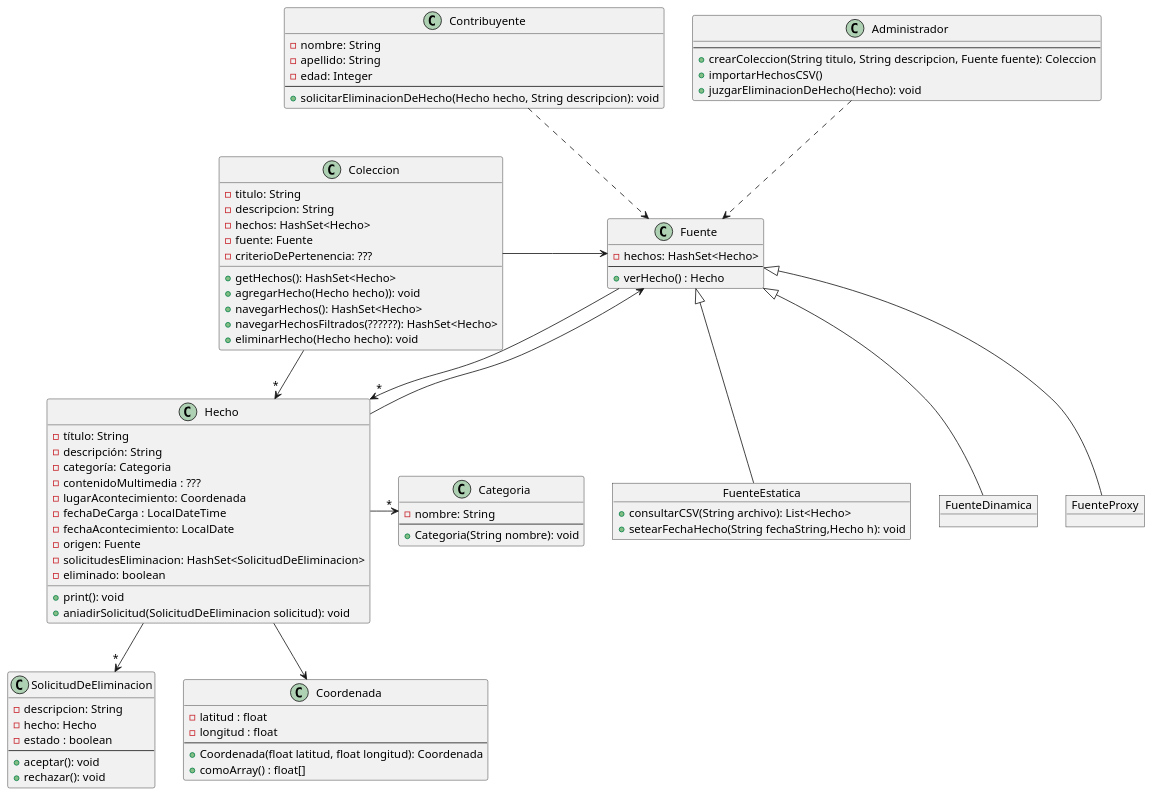
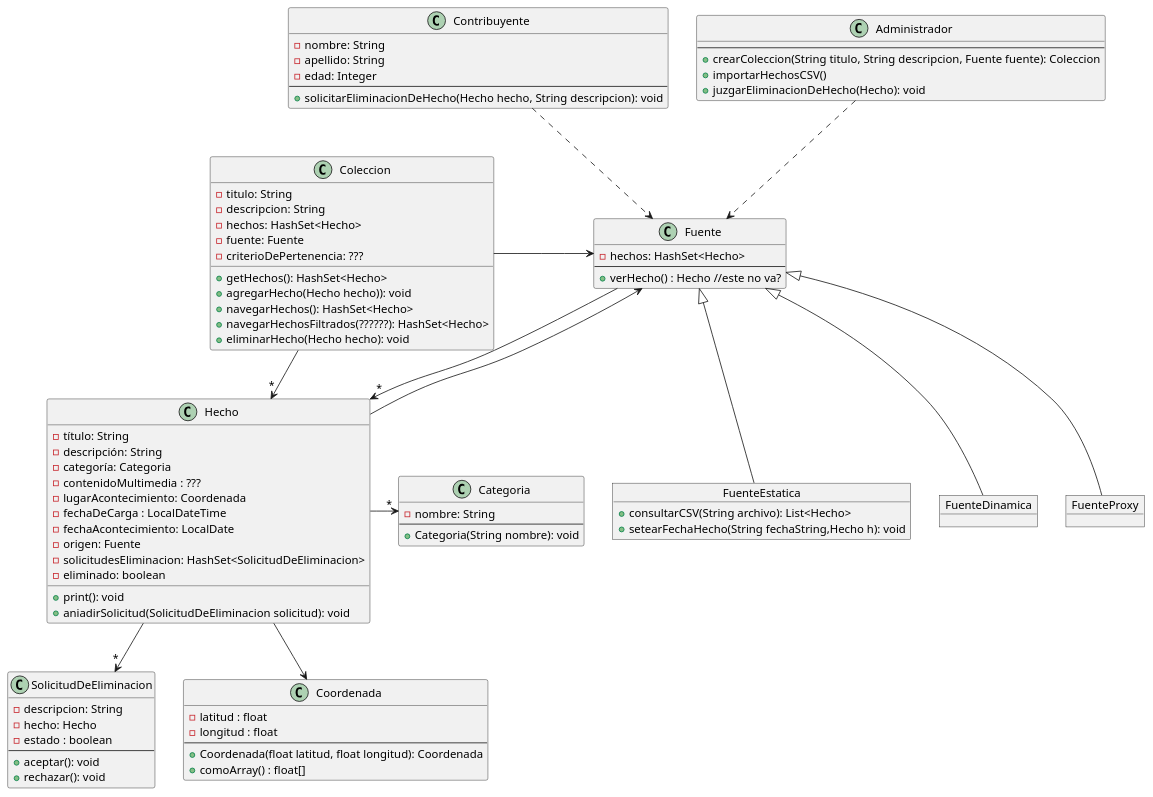
The diagram in DiagDeClases.puml (faustorod1/MetaMapa), drawn with PlantUML before and after one commit. The commit also changed 5 other files, not shown here.

```diff
--- a/DiagDeClases.puml
+++ b/DiagDeClases.puml
@@ -1,109 +1,109 @@
 @startuml
 
 class Hecho{
 - título: String
 - descripción: String
 - categoría: Categoria
 - contenidoMultimedia : ???
 - lugarAcontecimiento: Coordenada
 - fechaDeCarga : LocalDateTime
 - fechaAcontecimiento: LocalDate
 - origen: Fuente
 - solicitudesEliminacion: HashSet<SolicitudDeEliminacion>
 - eliminado: boolean
 
 + print(): void
 + aniadirSolicitud(SolicitudDeEliminacion solicitud): void
 }
 
 class Categoria{
 - nombre: String
 --
 + Categoria(String nombre): void
 }
 
 class Contribuyente{
 - nombre: String
 - apellido: String
 - edad: Integer
 --
 + solicitarEliminacionDeHecho(Hecho hecho, String descripcion): void
 }
 
 class Administrador {
 --
 + crearColeccion(String titulo, String descripcion, Fuente fuente): Coleccion
 + importarHechosCSV()
 + juzgarEliminacionDeHecho(Hecho): void
 }
 
 class Coleccion{
 - titulo: String
 - descripcion: String
 - hechos: HashSet<Hecho>
 - fuente: Fuente
 - criterioDePertenencia: ???
 
 
 + getHechos(): HashSet<Hecho>
 + agregarHecho(Hecho hecho)): void
 + navegarHechos(): HashSet<Hecho>
 + navegarHechosFiltrados(??????): HashSet<Hecho>
 + eliminarHecho(Hecho hecho): void
 }
 
 class SolicitudDeEliminacion{
 - descripcion: String
 - hecho: Hecho
 - estado : boolean
 --
 + aceptar(): void
 + rechazar(): void
 }
 
 class Fuente{
 - hechos: HashSet<Hecho>
 --
-+ verHecho() : Hecho
++ verHecho() : Hecho //este no va?
 }
 
 Object FuenteEstatica{
 
 + consultarCSV(String archivo): List<Hecho>
 + setearFechaHecho(String fechaString,Hecho h): void
 }
 
 Object FuenteDinamica{
 }
 
 Object FuenteProxy{
 }
 
 class Coordenada{
 - latitud : float
 - longitud : float
 --
 + Coordenada(float latitud, float longitud): Coordenada
 + comoArray() : float[]
 }
 
 Contribuyente .d.> Fuente
 Administrador .d.> Fuente
 
 Hecho --> Coordenada
 Hecho -r->"*" Categoria
 Hecho -d->"*" SolicitudDeEliminacion
 Coleccion -->"*" Hecho
 
 Hecho --> Fuente
 Coleccion -r-> Fuente
 
 Fuente -->"*" Hecho
 
 FuenteEstatica -u-|> Fuente
 FuenteDinamica -u-|> Fuente
 FuenteProxy -u-|> Fuente
 
 
 
 @enduml
```
